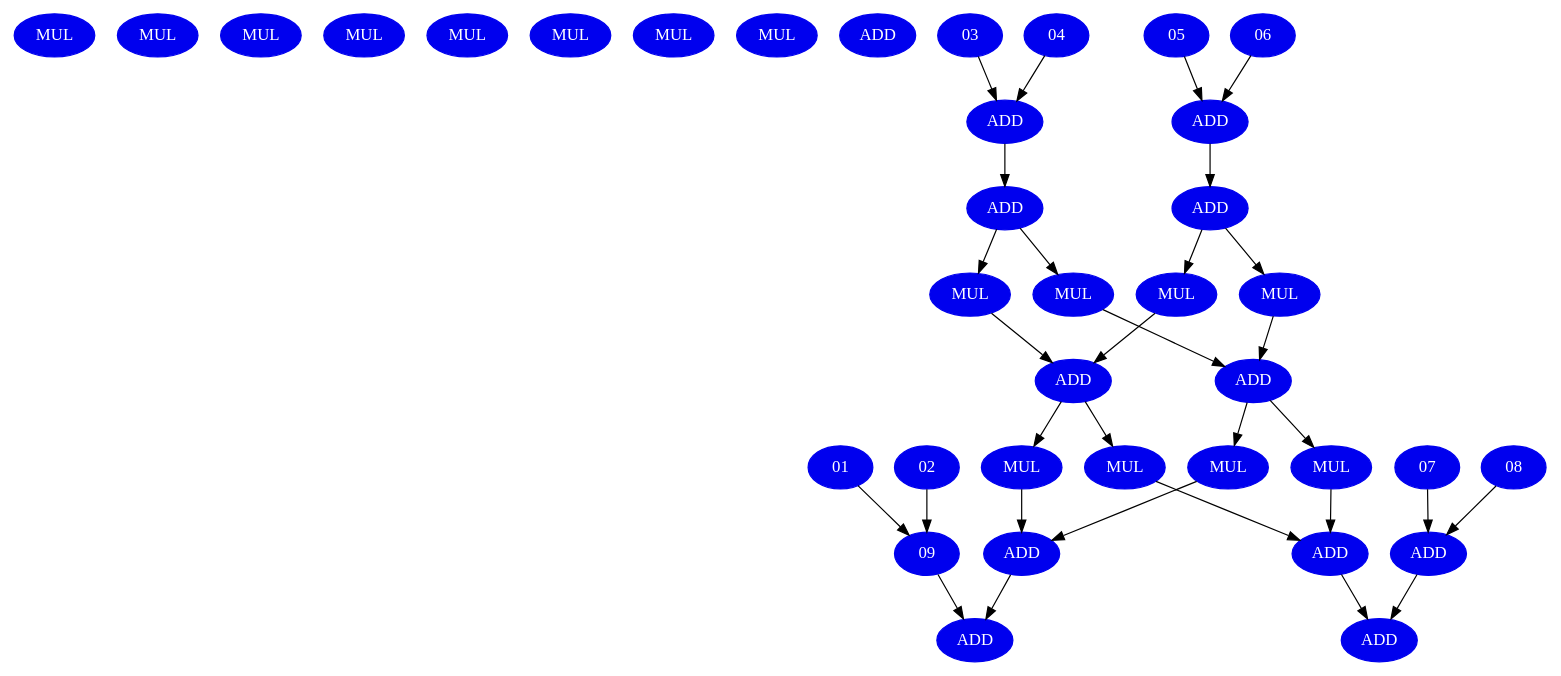
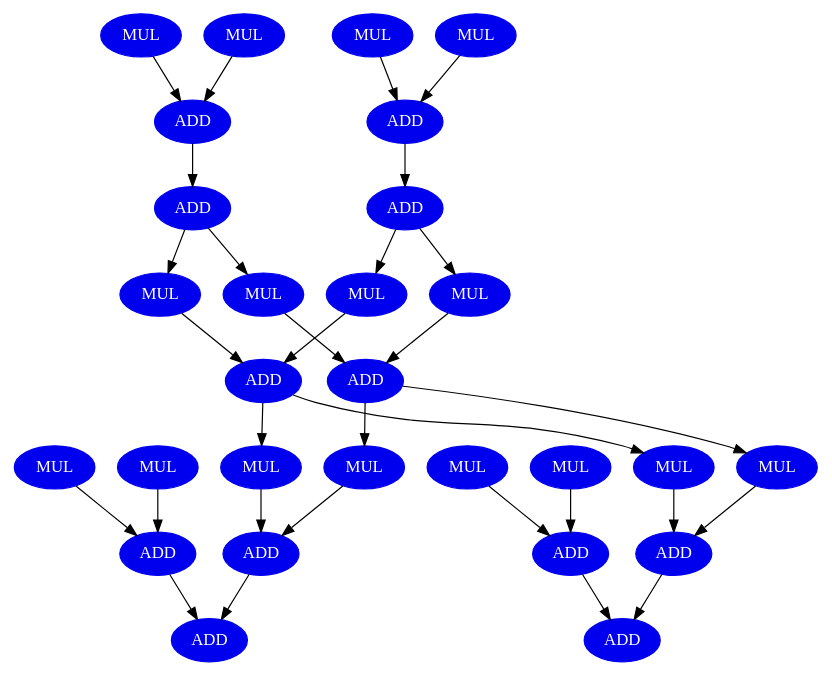
One commit to zephyr2k/project_nitd_clock changed the diagram in benchmark/arf1.dot. Above: the diagram before and after it, drawn with Graphviz. The commit also changed 5 other files, not shown here.

```diff
--- a/benchmark/arf1.dot
+++ b/benchmark/arf1.dot
@@ -1,61 +1,61 @@
 digraph arf {
     node [fontcolor=white,style=filled,color=blue2];
-     1 [label = MUL ];
-     2 [label = MUL ];
-     3 [label = MUL ];
-     4 [label = MUL ];
-     5 [label = MUL ];
-     6 [label = MUL ];
-     7 [label = MUL ];
-     8 [label = MUL ];
-     9 [label = ADD ];
+     01 [label = MUL ];
+     02 [label = MUL ];
+     03 [label = MUL ];
+     04 [label = MUL ];
+     05 [label = MUL ];
+     06 [label = MUL ];
+     07 [label = MUL ];
+     08 [label = MUL ];
+     09 [label = ADD ];
      10 [label = ADD ];
      11 [label = ADD ];
      12 [label = ADD ];
      13 [label = ADD ];
      14 [label = ADD ];
      15 [label = MUL ];
      16 [label = MUL ];
      17 [label = MUL ];
      18 [label = MUL ];
      19 [label = ADD ];
      20 [label = ADD ];
      21 [label = MUL ];
      22 [label = MUL ];
      23 [label = MUL ];
      24 [label = MUL ];
      25 [label = ADD ];
      26 [label = ADD ];
      27 [label = ADD ];
      28 [label = ADD ];
      01 -> 09 [ name=0 ];
      02 -> 09 [ name=1 ];
      03 -> 10 [ name=2 ];
      04 -> 10 [ name=3 ];
      05 -> 11 [ name=4 ];
      06 -> 11 [ name=5 ];
      07 -> 12 [ name=6 ];
      08 -> 12 [ name=7 ];
      09 -> 27 [ name=8 ];
      10 -> 13 [ name=9 ];
      11 -> 14 [ name=10 ];
      12 -> 28 [ name=11 ];
      13 -> 15 [ name=12 ];
      13 -> 17 [ name=13 ];
      14 -> 16 [ name=14 ];
      14 -> 18 [ name=15 ];
      15 -> 19 [ name=16 ];
      16 -> 19 [ name=17 ];
      17 -> 20 [ name=18 ];
      18 -> 20 [ name=19 ];
      19 -> 21 [ name=20 ];
      19 -> 23 [ name=21 ];
      20 -> 22 [ name=22 ];
      20 -> 24 [ name=23 ];
      21 -> 25 [ name=24 ];
      22 -> 25 [ name=25 ];
      23 -> 26 [ name=26 ];
      24 -> 26 [ name=27 ];
      25 -> 27 [ name=28 ];
      26 -> 28 [ name=29 ];
 }
```
